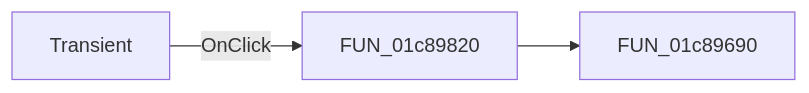
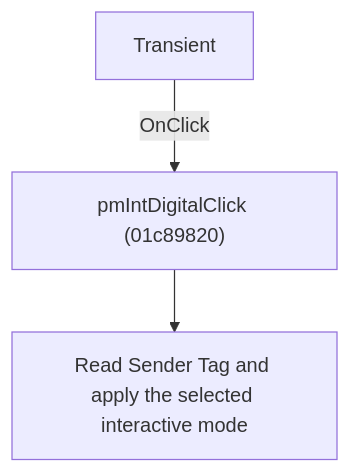
One commit to MovGP0/TIARA changed the diagram in docs/ui-controls/schematiceditor/mninttransient-e025e4c904.md. Above: the diagram before and after it, drawn with Mermaid. The commit also changed other lines of this file and 1062 other files, not shown here.

````diff
--- a/docs/ui-controls/schematiceditor/mninttransient-e025e4c904.md
+++ b/docs/ui-controls/schematiceditor/mninttransient-e025e4c904.md
@@ -27,5 +27,5 @@
 ```mermaid
-flowchart LR
-    control["Transient"] -->|OnClick| handler["FUN_01c89820"]
-    handler --> call1["FUN_01c89690"]
+flowchart TD
+    control["Transient"] -->|"OnClick"| handler["pmIntDigitalClick (01c89820)"]
+    handler --> action["Read Sender Tag and apply the selected interactive mode"]
 ```
````
